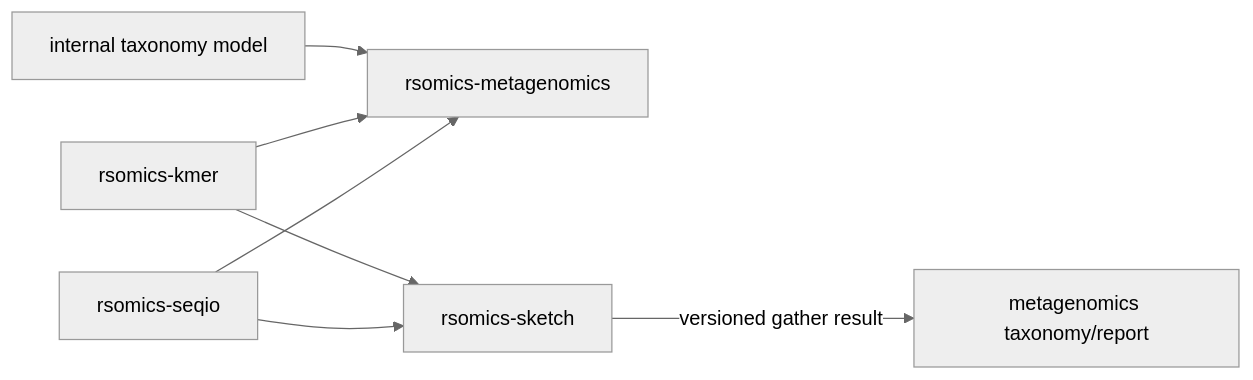
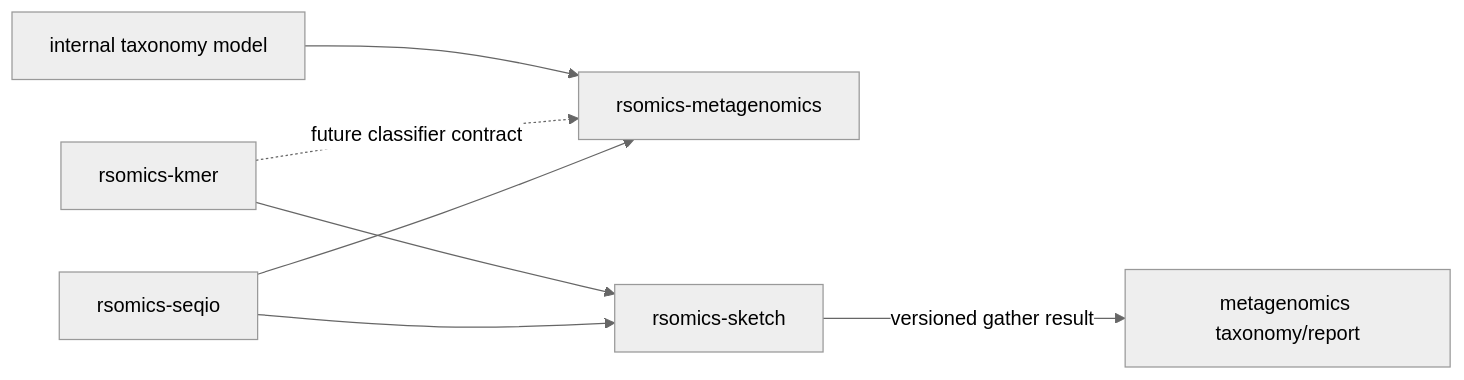
One commit to omics-rust/rsomics-world changed the diagram in docs/10-products/metagenomics-sketch.md. Above: the diagram before and after it, drawn with Mermaid (neutral theme). The commit also changed other lines of this file and 3 other files, not shown here.

````diff
--- a/docs/10-products/metagenomics-sketch.md
+++ b/docs/10-products/metagenomics-sketch.md
@@ -34,9 +32,9 @@
 ```mermaid
 flowchart LR
     seqio["rsomics-seqio"] --> meta["rsomics-metagenomics"]
     seqio --> sketch["rsomics-sketch"]
-    kmer["rsomics-kmer"] --> meta
+    kmer["rsomics-kmer"] -. "future classifier contract" .-> meta
     kmer --> sketch
     sketch -- "versioned gather result" --> taxonomy["metagenomics taxonomy/report"]
     taxonomy_impl["internal taxonomy model"] --> meta
 ```
````
